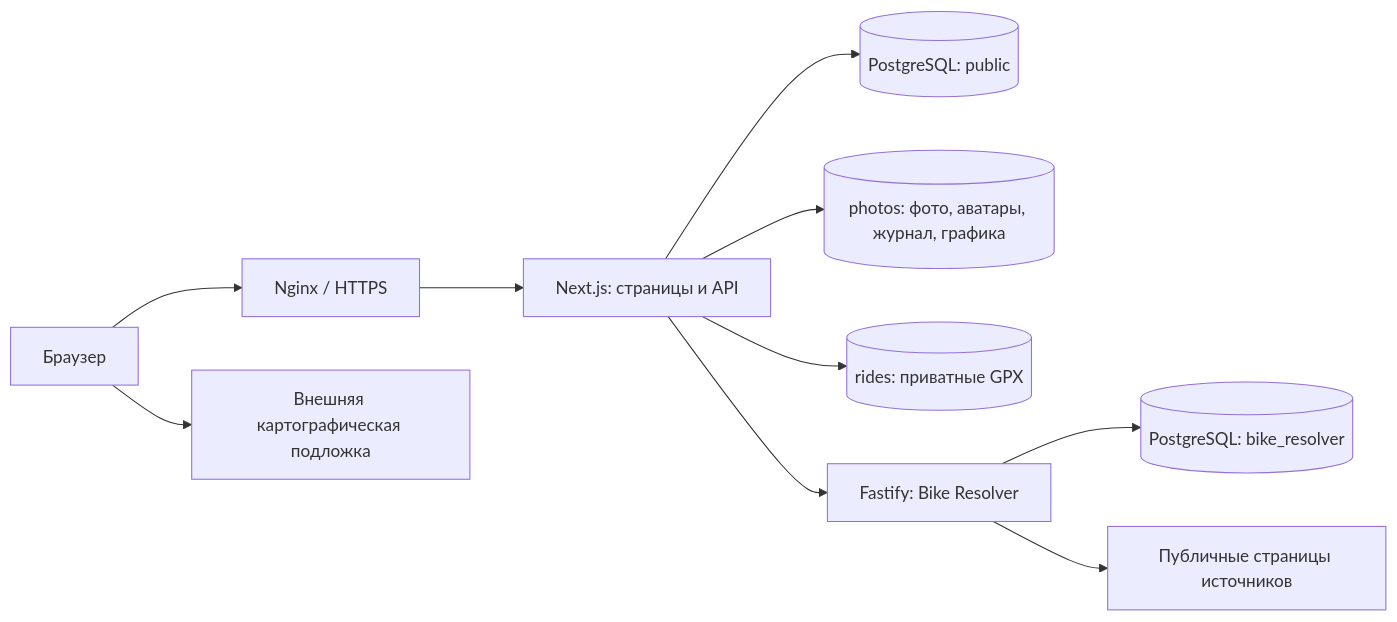
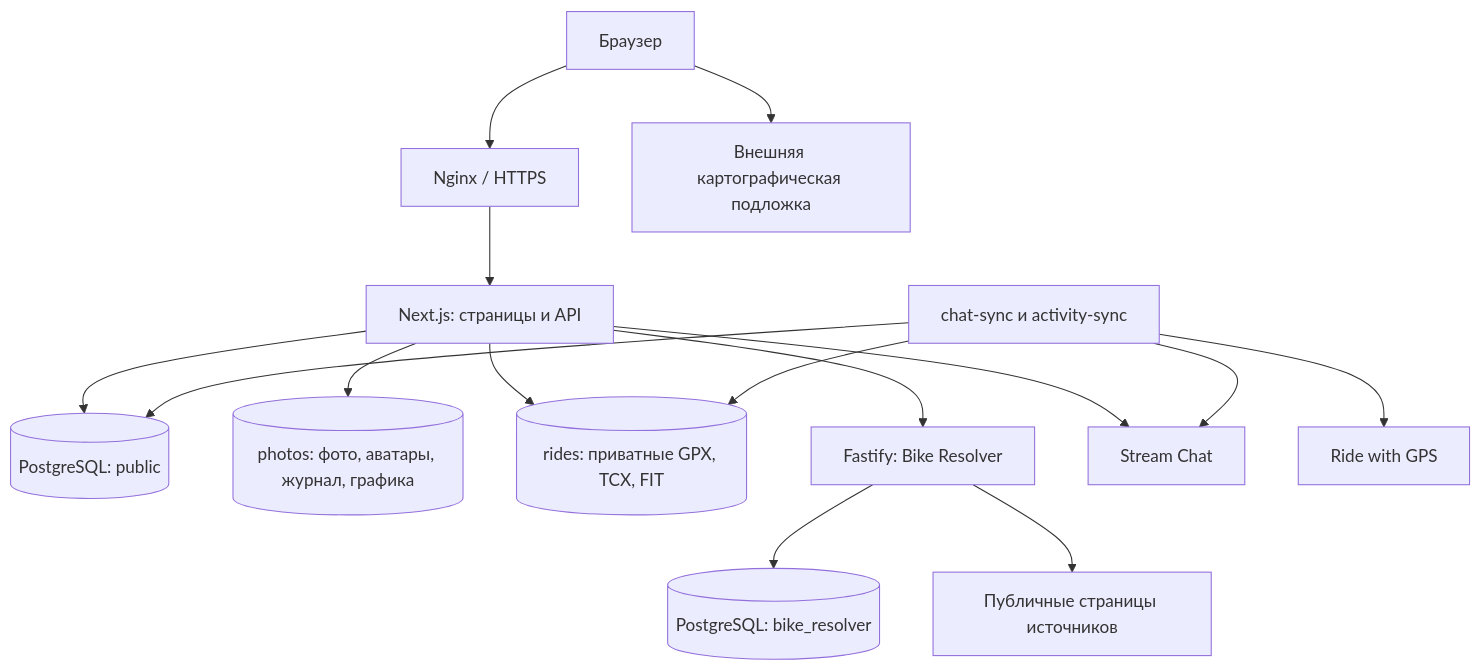
One commit to grayhex/cola changed the diagram in docs/architecture/overview.md. Above: the diagram before and after it, drawn with Mermaid. The commit also changed other lines of this file and 35 other files, not shown here.

````diff
--- a/docs/architecture/overview.md
+++ b/docs/architecture/overview.md
@@ -9,12 +9,17 @@
 ```mermaid
-flowchart LR
+flowchart TD
     Browser[Браузер] --> Proxy[Nginx / HTTPS]
     Proxy --> App[Next.js: страницы и API]
     App --> DB[(PostgreSQL: public)]
     App --> Photos[(photos: фото, аватары, журнал, графика)]
-    App --> Rides[(rides: приватные GPX)]
+    App --> Rides[(rides: приватные GPX, TCX, FIT)]
     App --> Resolver[Fastify: Bike Resolver]
     Resolver --> Cache[(PostgreSQL: bike_resolver)]
     Resolver --> Sources[Публичные страницы источников]
     Browser --> Maps[Внешняя картографическая подложка]
+    App --> Stream[Stream Chat]
+    Workers[chat-sync и activity-sync] --> DB
+    Workers --> Stream
+    Workers --> RWGPS[Ride with GPS]
+    Workers --> Rides
 ```
````
